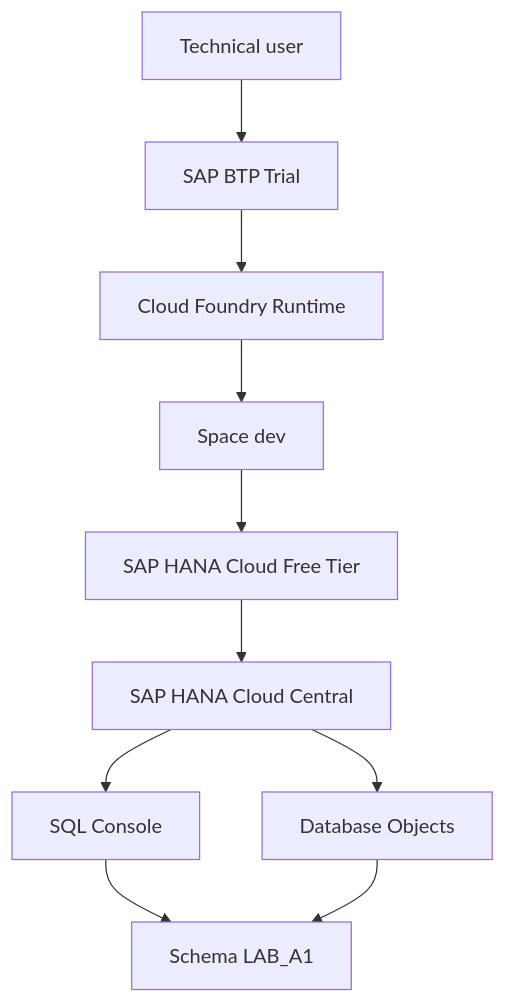
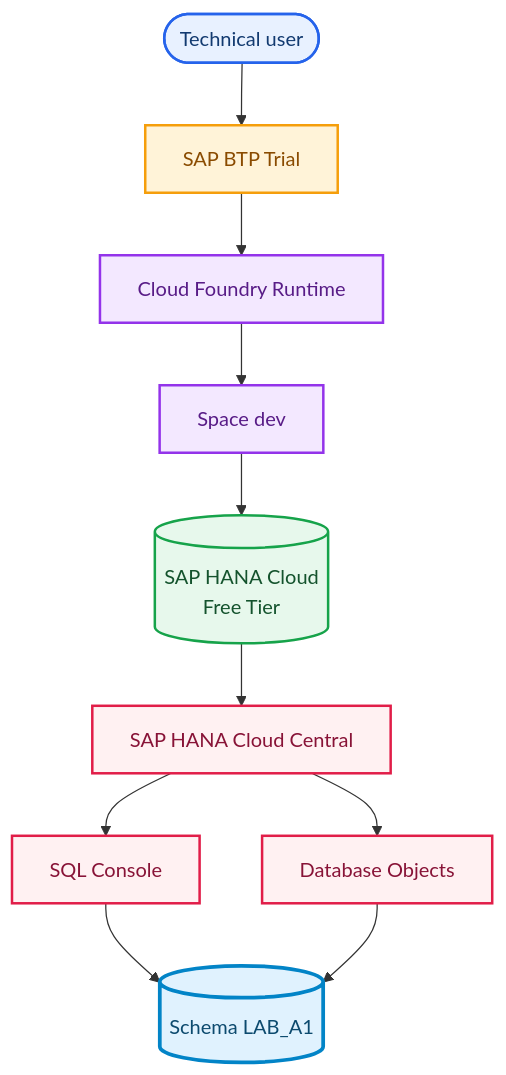
Before and after one commit to OrlandoCaetano2026/SAP_HANA_Cloud_Data_Engineering_Learning: the first of 3 diagrams in Docs/A — Data & SAP-MES Master Data Foundation/EN/01-a1-relational-data-foundation.en.md, drawn with Mermaid. The commit also changed other lines of this file and 1 other file, not shown here.

Commit message:
Improve A1 bilingual documentation flow and evidence integration

````diff
--- a/Docs/A — Data & SAP-MES Master Data Foundation/EN/01-a1-relational-data-foundation.en.md
+++ b/Docs/A — Data & SAP-MES Master Data Foundation/EN/01-a1-relational-data-foundation.en.md
@@ -142,12 +50,14 @@
 ```mermaid
-flowchart TD
-    U["Technical user"] --> BTP["SAP BTP Trial"]
-    BTP --> CF["Cloud Foundry Runtime"]
-    CF --> DEV["Space dev"]
-    DEV --> HC["SAP HANA Cloud Free Tier"]
-    HC --> HCC["SAP HANA Cloud Central"]
-    HCC --> SQL["SQL Console"]
-    HCC --> DBO["Database Objects"]
-    SQL --> LAB["Schema LAB_A1"]
-    DBO --> LAB
+flowchart TB
+    U(["Technical user"]):::actor --> BTP["SAP BTP Trial"]:::platform
+    BTP --> CF["Cloud Foundry Runtime"]:::runtime --> DEV["Space dev"]:::runtime
+    DEV --> HC[("SAP HANA Cloud<br/>Free Tier")]:::database --> HCC["SAP HANA Cloud Central"]:::tool
+    HCC --> SQL["SQL Console"]:::tool --> LAB[("Schema LAB_A1")]:::schema
+    HCC --> DBO["Database Objects"]:::tool --> LAB
+    classDef actor fill:#E8F1FF,stroke:#2563EB,color:#123A70,stroke-width:2px;
+    classDef platform fill:#FFF3D8,stroke:#F59E0B,color:#8A4B00,stroke-width:2px;
+    classDef runtime fill:#F3E8FF,stroke:#9333EA,color:#581C87,stroke-width:2px;
+    classDef database fill:#E7F8EC,stroke:#16A34A,color:#14532D,stroke-width:2px;
+    classDef tool fill:#FFF1F2,stroke:#E11D48,color:#881337,stroke-width:2px;
+    classDef schema fill:#E0F2FE,stroke:#0284C7,color:#0C4A6E,stroke-width:3px;
 ```
````
